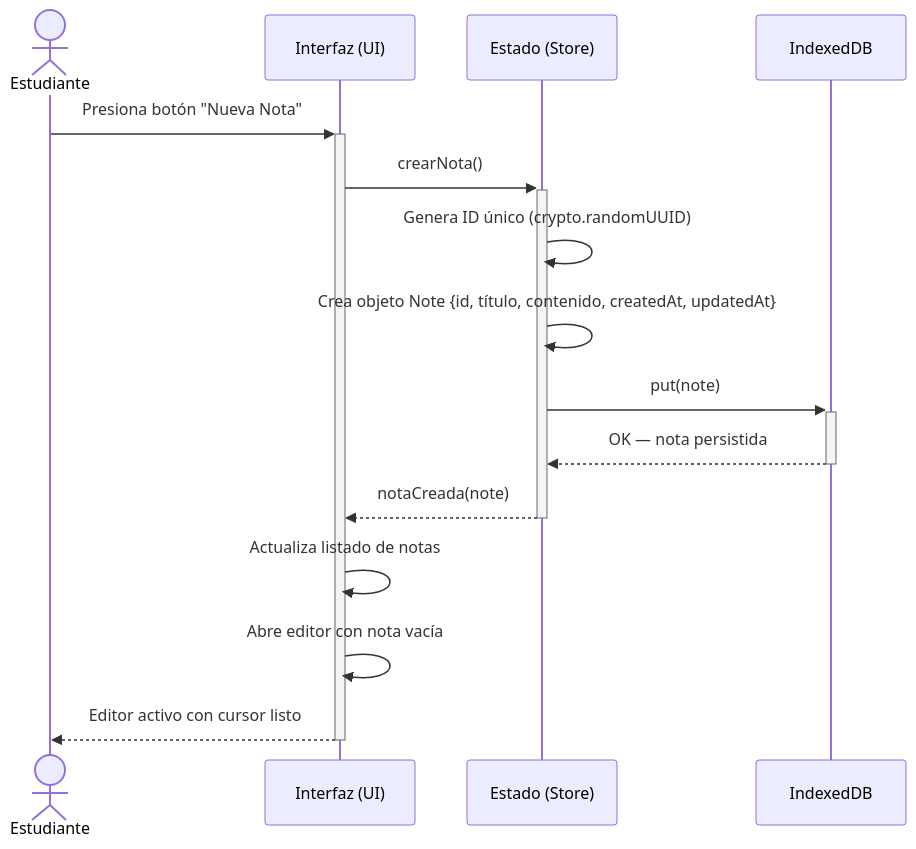
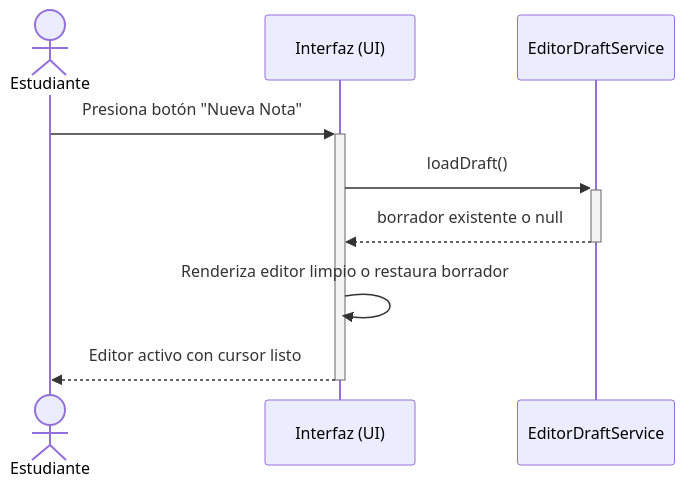
The first of 5 diagrams in docs/diagramas/secuencia-crear-nota.md (jdfesa/lumapse), drawn with Mermaid before and after one commit. The commit also changed other lines of this file and 2 other files, not shown here.

Commit message:
docs(diagrams): update editor draft flows

````diff
--- a/docs/diagramas/secuencia-crear-nota.md
+++ b/docs/diagramas/secuencia-crear-nota.md
@@ -17,18 +17,12 @@
 ```mermaid
 sequenceDiagram
     actor EST as Estudiante
     participant UI as Interfaz (UI)
-    participant STORE as Estado (Store)
-    participant IDB as IndexedDB
+    participant DRAFT as EditorDraftService
 
     EST ->>+ UI: Presiona botón "Nueva Nota"
-    UI ->>+ STORE: crearNota()
-    STORE ->> STORE: Genera ID único (crypto.randomUUID)
-    STORE ->> STORE: Crea objeto Note {id, título, contenido, createdAt, updatedAt}
-    STORE ->>+ IDB: put(note)
-    IDB -->>- STORE: OK — nota persistida
-    STORE -->>- UI: notaCreada(note)
-    UI ->> UI: Actualiza listado de notas
-    UI ->> UI: Abre editor con nota vacía
+    UI ->>+ DRAFT: loadDraft()
+    DRAFT -->>- UI: borrador existente o null
+    UI ->> UI: Renderiza editor limpio o restaura borrador
     UI -->>- EST: Editor activo con cursor listo
 ```
````
